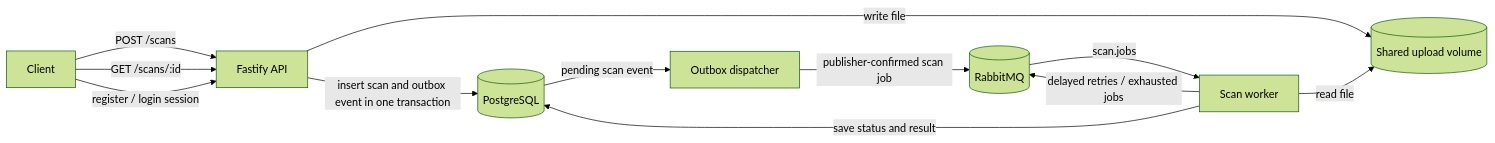
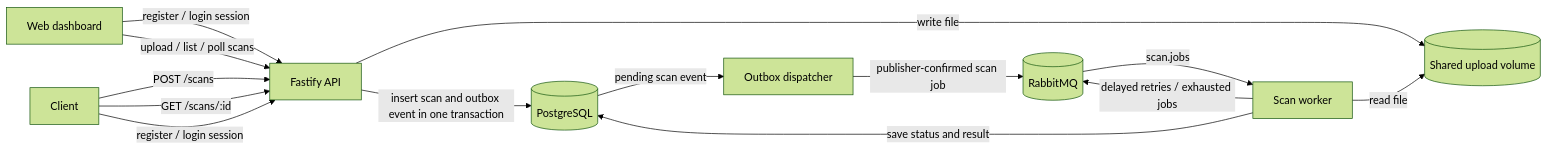
One commit to BiBo364/MiniFileScanPipeline changed the diagram in README.md. Above: the diagram before and after it, drawn with Mermaid (forest theme). The commit also changed other lines of this file and 10 other files, not shown here.

````diff
--- a/README.md
+++ b/README.md
@@ -7,14 +7,16 @@
 ```mermaid
 flowchart LR
+  Browser[Web dashboard] -->|register / login session| API[Fastify API]
+  Browser -->|upload / list / poll scans| API
   Client[Client] -->|POST /scans| API[Fastify API]
   API -->|write file| Files[(Shared upload volume)]
   API -->|insert scan and outbox event in one transaction| DB[(PostgreSQL)]
   DB -->|pending scan event| Outbox[Outbox dispatcher]
   Outbox -->|publisher-confirmed scan job| MQ[(RabbitMQ)]
   MQ -->|scan.jobs| Worker[Scan worker]
   Worker -->|read file| Files
   Worker -->|save status and result| DB
   Worker -->|delayed retries / exhausted jobs| MQ
   Client -->|GET /scans/:id| API
   Client -->|register / login session| API
 ```
````
